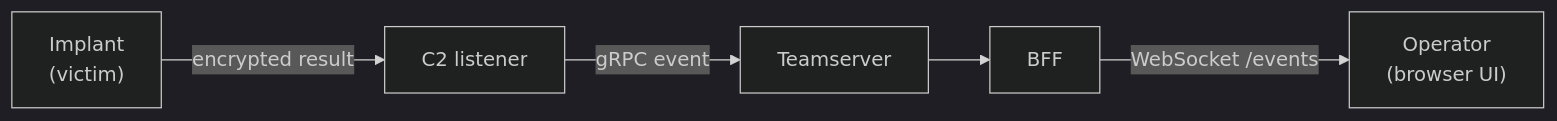
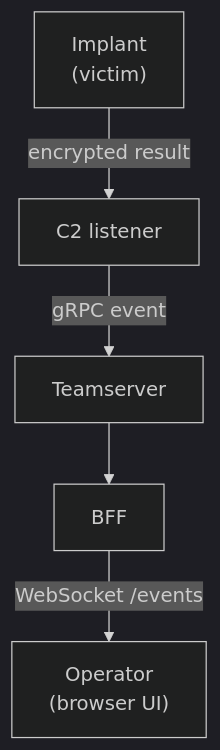
The second of 4 diagrams in docs/Sliver-Operator-UI-Manual.md (b-3llum/sliver-lab), drawn with Mermaid (dark theme) before and after one commit. The commit also changed other lines of this file, not shown here.

Commit message:
docs: orient communication-model diagrams vertically (TD)

````diff
--- a/docs/Sliver-Operator-UI-Manual.md
+++ b/docs/Sliver-Operator-UI-Manual.md
@@ -112,7 +112,7 @@
 ```mermaid
-flowchart LR
+flowchart TD
   IMP["Implant<br/>(victim)"] -->|encrypted result| L["C2 listener"]
   L -->|gRPC event| TS["Teamserver"]
   TS --> BFF["BFF"]
   BFF -->|WebSocket /events| OP["Operator<br/>(browser UI)"]
 ```
````
